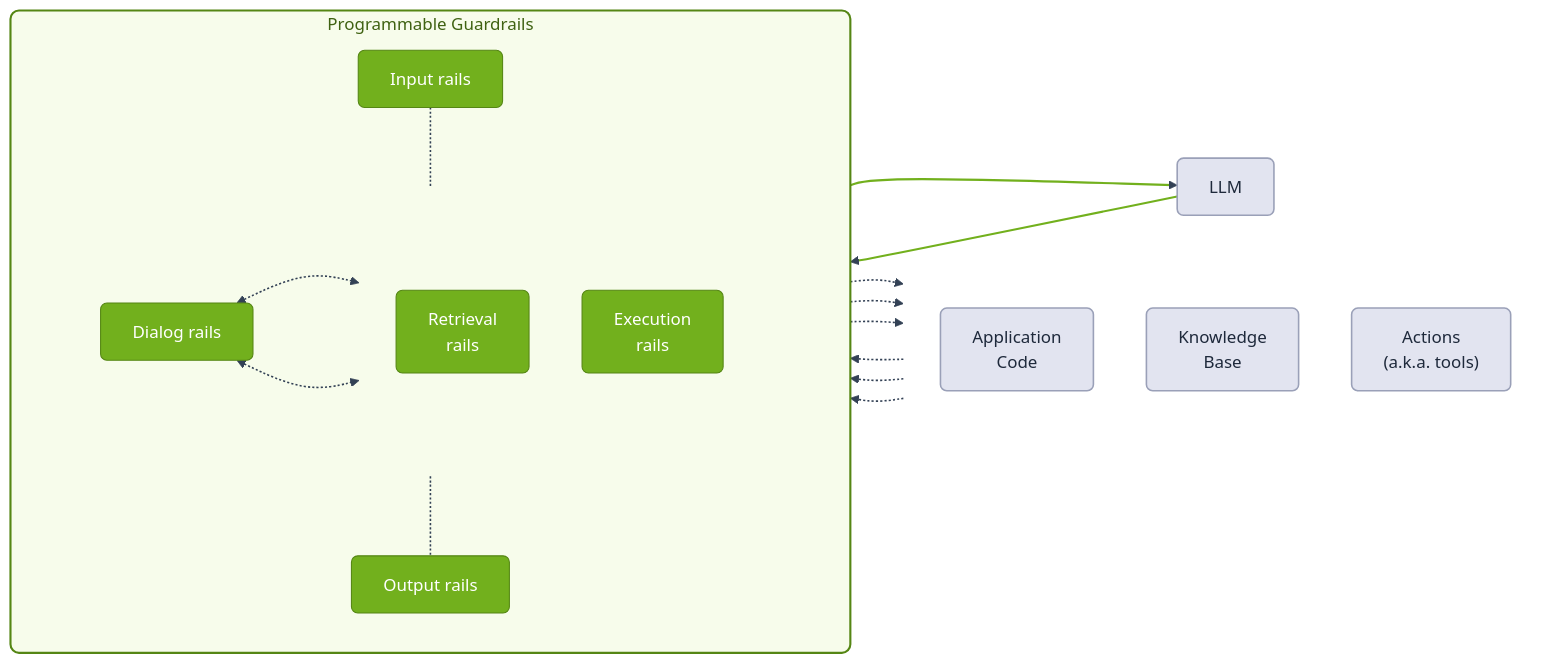
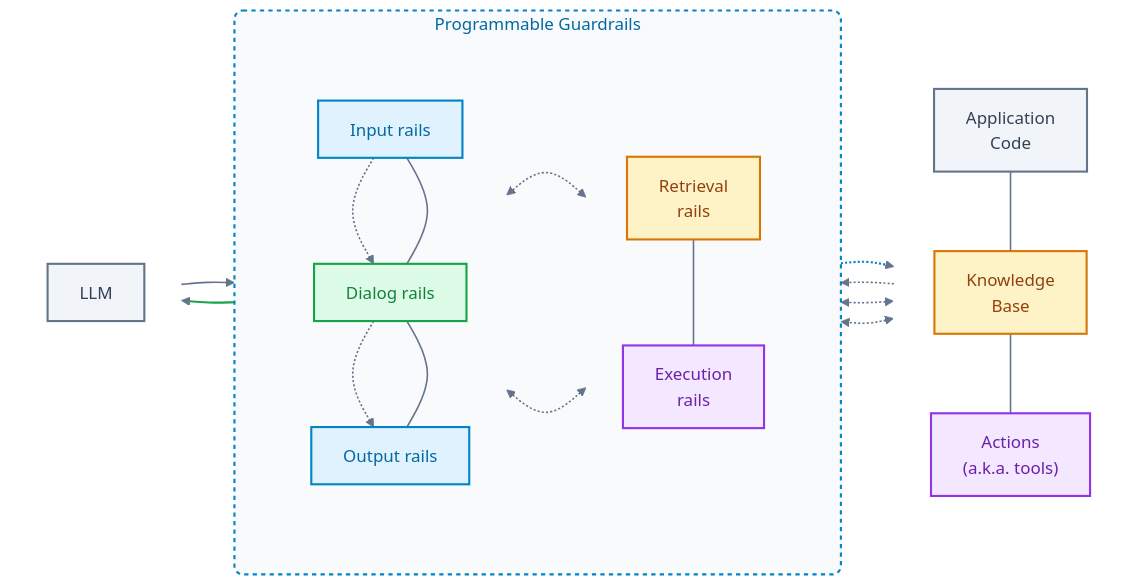
One commit to ralf-42/Agenten changed the first of 2 diagrams in docs/08-deployment-betrieb/minimum-viable-agent-stack.md. Above: the diagram before and after it, drawn with Mermaid. The commit also changed other lines of this file, not shown here.

````diff
--- a/docs/08-deployment-betrieb/minimum-viable-agent-stack.md
+++ b/docs/08-deployment-betrieb/minimum-viable-agent-stack.md
@@ -157,66 +157,77 @@
 ```mermaid
 flowchart LR
-    %% Farb- und Stildefinitionen nach Vorlage
-    classDef extNode fill:#e2e4f0,stroke:#9aa0b8,stroke-width:1.5px,color:#1e293b,rx:6px,ry:6px;
-    classDef railNode fill:#72b01d,stroke:#558614,stroke-width:1px,color:#ffffff,rx:6px,ry:6px;
+    %% Farbdefinitionen aus Ihrem Schema
+    classDef offline fill:#e0f2fe,stroke:#0284c7,stroke-width:2px,color:#0369a1;
+    classDef precompute fill:#f3e8ff,stroke:#9333ea,stroke-width:2px,color:#6b21a8;
+    classDef cache fill:#fef3c7,stroke:#d97706,stroke-width:2px,color:#92400e;
+    classDef online fill:#dcfce7,stroke:#16a34a,stroke-width:2px,color:#15803d;
+    classDef io fill:#f1f5f9,stroke:#64748b,stroke-width:2px,color:#334155;
 
-    %% Link-Styling-Klassen
-    linkStyle default stroke:#334155,stroke-width:1.5px;
+    %% Link-Standardstil
+    linkStyle default stroke:#64748b,stroke-width:1.5px;
 
-    %% Externe Komponenten (Links)
-    subgraph LeftExternal[" "]
+    %% 1. Externe Komponenten (Links)
+    subgraph Col_Left [" "]
         direction TB
-        App["Application<br/>Code"]:::extNode
-        KB["Knowledge<br/>Base"]:::extNode
-        Act["Actions<br/>(a.k.a. tools)"]:::extNode
+        App["Application<br/>Code"]:::io
+        KB["Knowledge<br/>Base"]:::cache
+        Act["Actions<br/>(a.k.a. tools)"]:::precompute
     end
 
-    %% Guardrails Container (Mitte)
-    subgraph Guardrails["Programmable Guardrails"]
+    %% 2. Programmable Guardrails Container
+    subgraph Guardrails ["Programmable Guardrails"]
+        direction LR
+        
+        %% Retrieval & Execution Spalte
+        subgraph Col_MidLeft [" "]
+            direction TB
+            RetRails["Retrieval<br/>rails"]:::cache
+            ExecRails["Execution<br/>rails"]:::precompute
+        end
+
+        %% Hauptachse: Input -> Dialog -> Output
+        subgraph Col_MidMain [" "]
+            direction TB
+            InRails["Input rails"]:::offline
+            DiaRails["Dialog rails"]:::online
+            OutRails["Output rails"]:::offline
+        end
+    end
+
+    %% 3. LLM (Rechts)
+    subgraph Col_Right [" "]
         direction TB
-        InRails["Input rails"]:::railNode
-        
-        subgraph MidRails[" "]
-            direction LR
-            subgraph RetExec[" "]
-                direction TB
-                RetRails["Retrieval<br/>rails"]:::railNode
-                ExecRails["Execution<br/>rails"]:::railNode
-            end
-            DiaRails["Dialog rails"]:::railNode
-        end
-        
-        OutRails["Output rails"]:::railNode
+        LLM["LLM"]:::io
+    end
 
-        %% Interne Verbindungen
-        InRails -.- DiaRails
-        DiaRails <-.-> RetRails
-        DiaRails <-.-> ExecRails
-        DiaRails -.- OutRails
-    end
-    
-    %% Externe Komponente (Rechts)
-    LLM["LLM"]:::extNode
-
-    %% Verbindungen Links <-> Guardrails
+    %% --- Datenfluss & Kanten ---
     App -.-> InRails
-    RetRails -.-> KB
-    KB -.-> RetRails
-    ExecRails -.-> Act
-    Act -.-> ExecRails
     OutRails -.-> App
 
-    %% Verbindungen Guardrails <-> LLM
+    KB <.-> RetRails
+    Act <.-> ExecRails
+
+    InRails -.-> DiaRails
+    DiaRails <-.-> RetRails
+    DiaRails <-.-> ExecRails
+    DiaRails -.-> OutRails
+
     DiaRails --> LLM
     LLM --> DiaRails
 
-    %% Styling der Subgraphen
-    style Guardrails fill:#f7fceb,stroke:#558614,stroke-width:2px,rx:8px,ry:8px,color:#3f6212;
-    style LeftExternal fill:none,stroke:none;
-    style MidRails fill:none,stroke:none;
-    style RetExec fill:none,stroke:none;
+    %% Unsichtbare Kanten zur stabilen vertikalen Fixierung
+    App ~~~ KB ~~~ Act
+    InRails ~~~ DiaRails ~~~ OutRails
+    RetRails ~~~ ExecRails
 
-    %% Spezifische Linienfarben anpassen (grün für Rückkanal & LLM-Hinweg)
-    linkStyle 10 stroke:#72b01d,stroke-width:2px;
-    linkStyle 11 stroke:#72b01d,stroke-width:2px;
+    %% Container-Styling
+    style Guardrails fill:#f8fafc,stroke:#0284c7,stroke-width:2px,stroke-dasharray: 4 4,rx:8px,ry:8px,color:#0369a1;
+    style Col_Left fill:none,stroke:none;
+    style Col_Right fill:none,stroke:none;
+    style Col_MidLeft fill:none,stroke:none;
+    style Col_MidMain fill:none,stroke:none;
+
+    %% Akzentuierte Kanten (Ausgabe- & LLM-Pfade farblich hervorheben)
+    linkStyle 1 stroke:#0284c7,stroke-width:2px;
+    linkStyle 8 stroke:#16a34a,stroke-width:2px;
 ```
````
